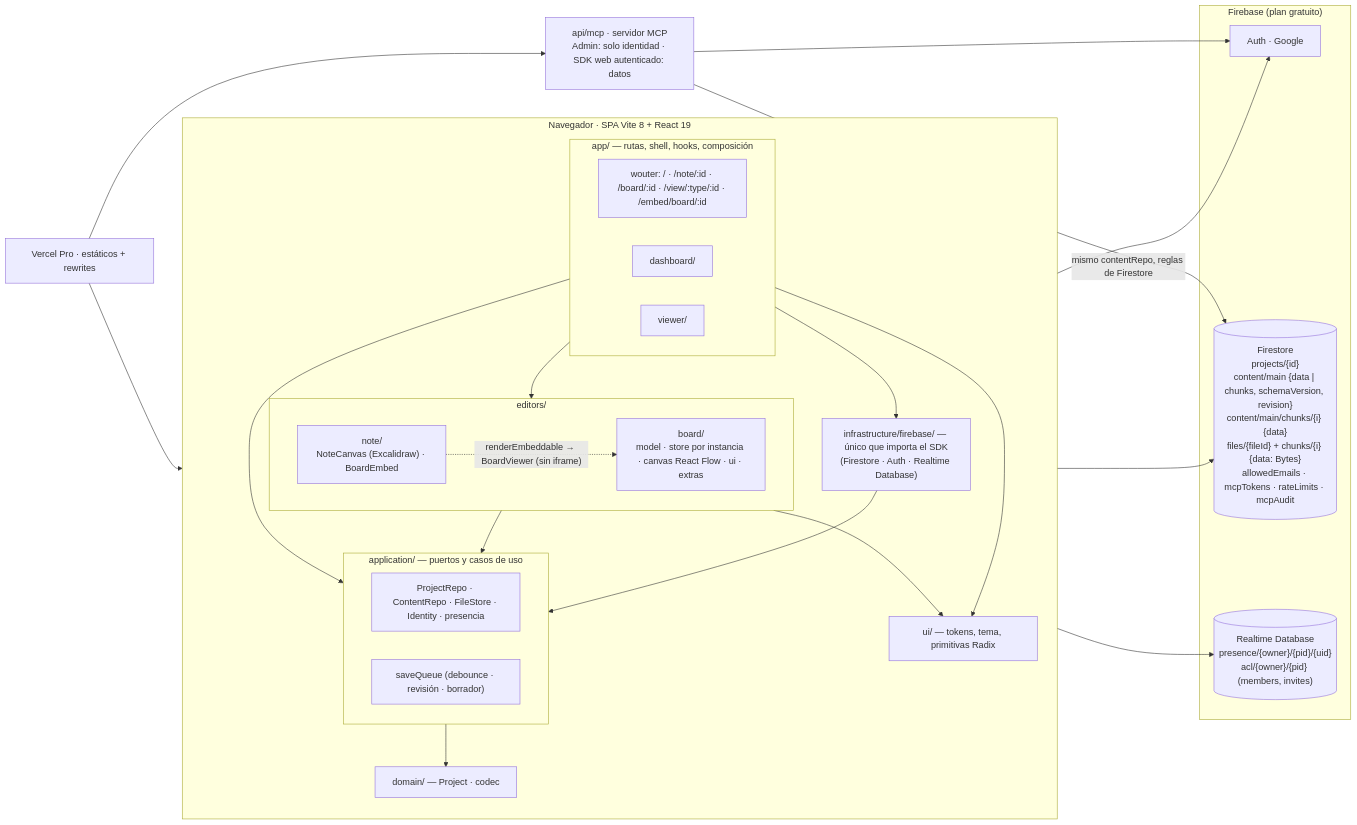
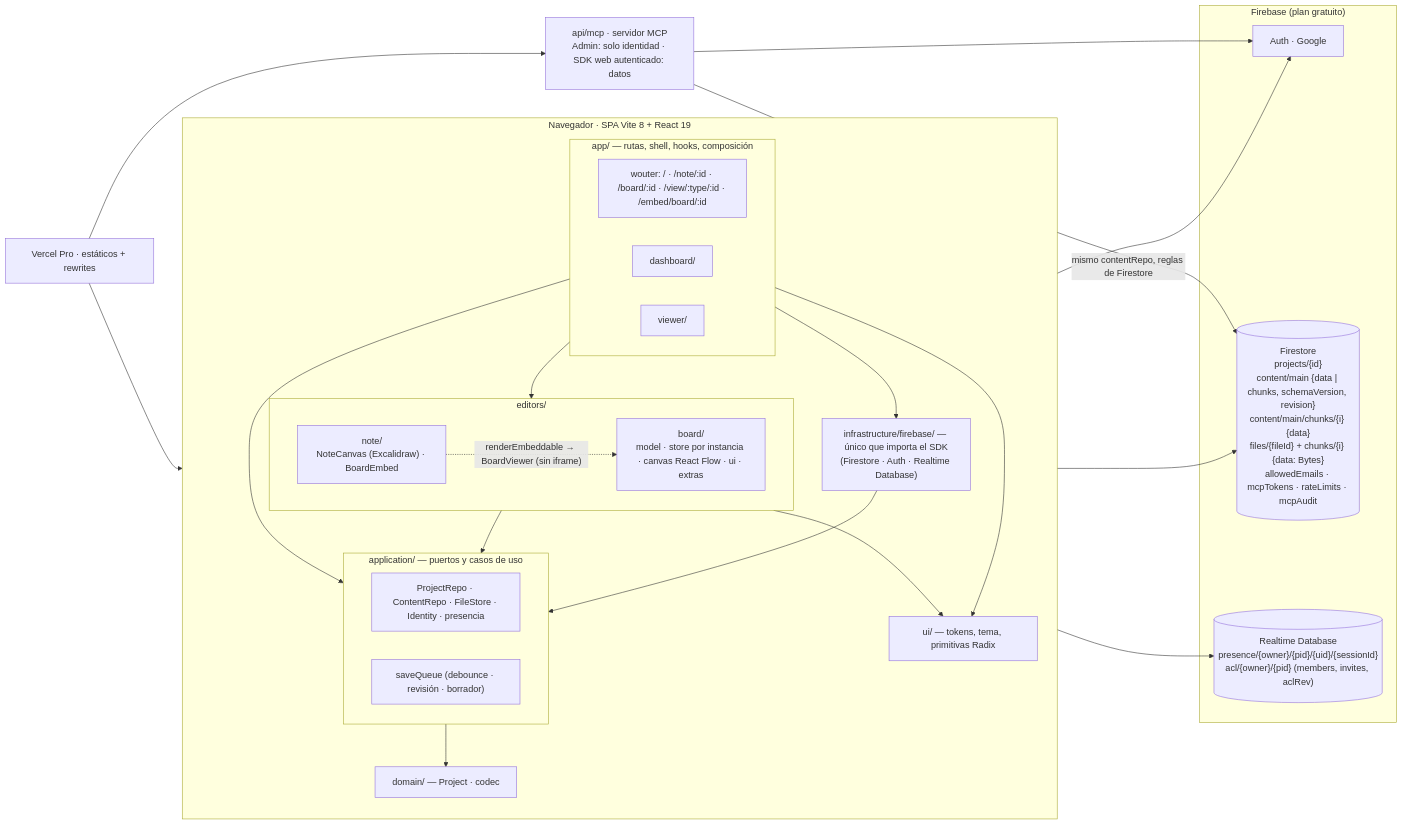
Before and after one commit to JuanGaitanD/drawyourarquitecture: the diagram in docs/architecture.md, drawn with Mermaid. The commit also changed other lines of this file and 1 other file, not shown here.

Commit message:
docs(arquitectura): actualizar la ruta de presencia por sesión y el espejo versionado

````diff
--- a/docs/architecture.md
+++ b/docs/architecture.md
@@ -5,44 +5,44 @@
 ```mermaid
 flowchart LR
   subgraph Browser["Navegador · SPA Vite 8 + React 19"]
     direction TB
     subgraph app["app/ — rutas, shell, hooks, composición"]
       Router["wouter: / · /note/:id · /board/:id · /view/:type/:id · /embed/board/:id"]
       Dash["dashboard/"]
       Viewer["viewer/"]
     end
     subgraph editors["editors/"]
       Note["note/<br/>NoteCanvas (Excalidraw) · BoardEmbed"]
       Board["board/<br/>model · store por instancia · canvas React Flow · ui · extras"]
     end
     UI["ui/ — tokens, tema, primitivas Radix"]
     subgraph application["application/ — puertos y casos de uso"]
       Ports["ProjectRepo · ContentRepo · FileStore · Identity · presencia"]
       Save["saveQueue (debounce · revisión · borrador)"]
     end
     Domain["domain/ — Project · codec"]
     Infra["infrastructure/firebase/ — único que importa el SDK<br/>(Firestore · Auth · Realtime Database)"]
     app --> editors
     app --> application
     app --> Infra
     editors --> application
     editors --> UI
     app --> UI
     application --> Domain
     Infra --> application
     Note -. "renderEmbeddable → BoardViewer (sin iframe)" .-> Board
   end
   subgraph Firebase["Firebase (plan gratuito)"]
     FAuth["Auth · Google"]
     FS[("Firestore<br/>projects/{id}<br/>content/main {data | chunks, schemaVersion, revision}<br/>content/main/chunks/{i} {data}<br/>files/{fileId} + chunks/{i} {data: Bytes}<br/>allowedEmails · mcpTokens · rateLimits · mcpAudit")]
-    RTDB[("Realtime Database<br/>presence/{owner}/{pid}/{uid}<br/>acl/{owner}/{pid} (members, invites)")]
+    RTDB[("Realtime Database<br/>presence/{owner}/{pid}/{uid}/{sessionId}<br/>acl/{owner}/{pid} (members, invites, aclRev)")]
   end
   Vercel["Vercel Pro · estáticos + rewrites"] --> Browser
   MCP["api/mcp · servidor MCP<br/>Admin: solo identidad · SDK web autenticado: datos"]
   Vercel --> MCP
   Infra --> FAuth
   Infra --> FS
   Infra --> RTDB
   MCP --> FAuth
   MCP -->|"mismo contentRepo, reglas de Firestore"| FS
 ```
````
